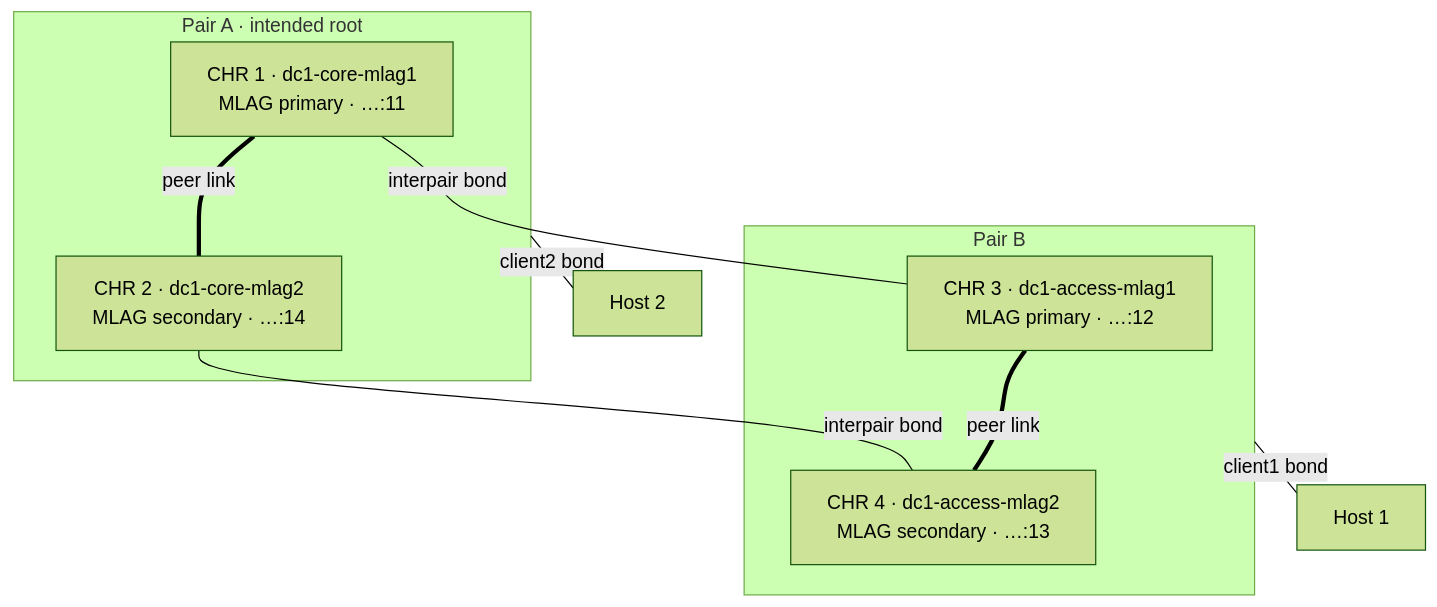
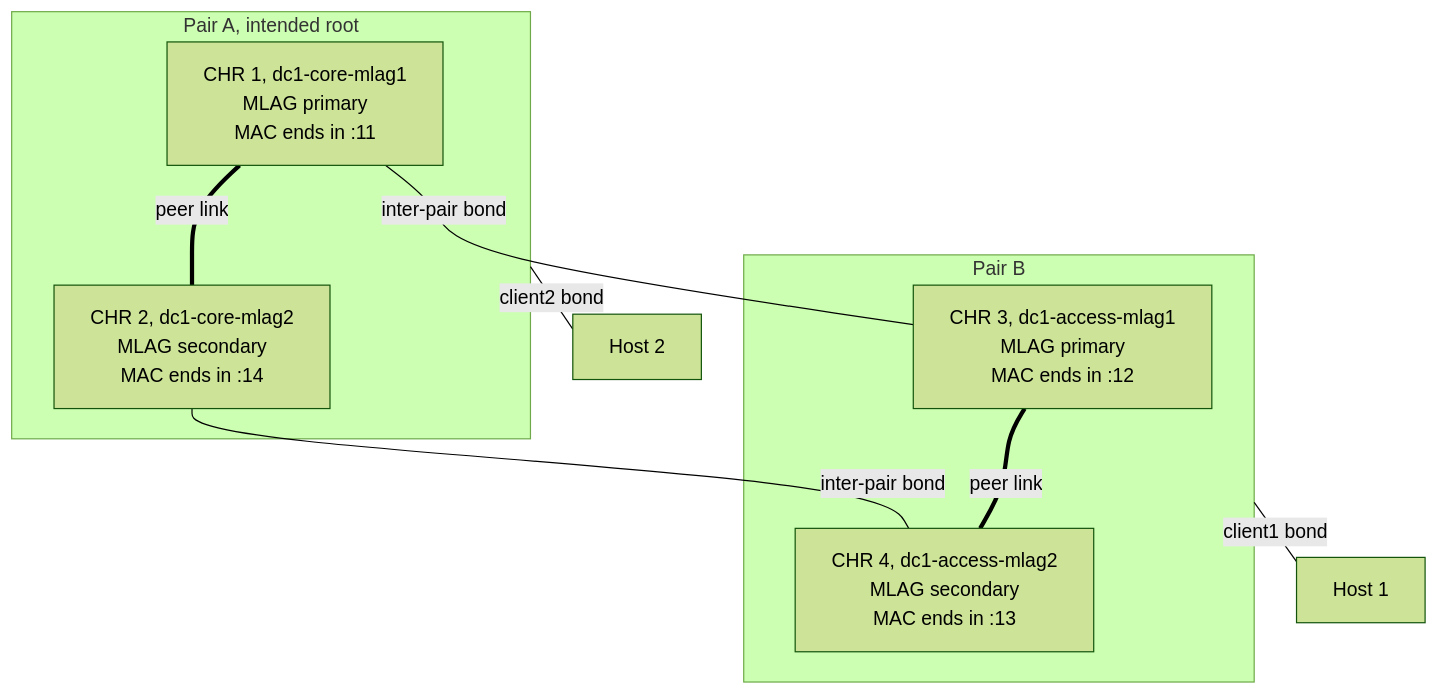
One commit to narrowin/mikrotik-mlag-testsuite changed the diagram in docs/cases/medium-two-pair-root.md. Above: the diagram before and after it, drawn with Mermaid (forest theme). The commit also changed other lines of this file and 4 other files, not shown here.

````diff
--- a/docs/cases/medium-two-pair-root.md
+++ b/docs/cases/medium-two-pair-root.md
@@ -18,13 +22,13 @@
 ```mermaid
 flowchart TB
-    subgraph A["Pair A · intended root"]
-        P1["CHR 1 · dc1-core-mlag1<br/>MLAG primary · …:11"] ===|peer link| P2["CHR 2 · dc1-core-mlag2<br/>MLAG secondary · …:14"]
+    subgraph A["Pair A, intended root"]
+        P1["CHR 1, dc1-core-mlag1<br/>MLAG primary<br/>MAC ends in :11"] ===|peer link| P2["CHR 2, dc1-core-mlag2<br/>MLAG secondary<br/>MAC ends in :14"]
     end
     subgraph B["Pair B"]
-        Q1["CHR 3 · dc1-access-mlag1<br/>MLAG primary · …:12"] ===|peer link| Q2["CHR 4 · dc1-access-mlag2<br/>MLAG secondary · …:13"]
+        Q1["CHR 3, dc1-access-mlag1<br/>MLAG primary<br/>MAC ends in :12"] ===|peer link| Q2["CHR 4, dc1-access-mlag2<br/>MLAG secondary<br/>MAC ends in :13"]
     end
-    P1 ---|"interpair bond"| Q1
-    P2 ---|"interpair bond"| Q2
+    P1 ---|"inter-pair bond"| Q1
+    P2 ---|"inter-pair bond"| Q2
     A ---|client2 bond| H2["Host 2"]
     B ---|client1 bond| H1["Host 1"]
 ```
````
